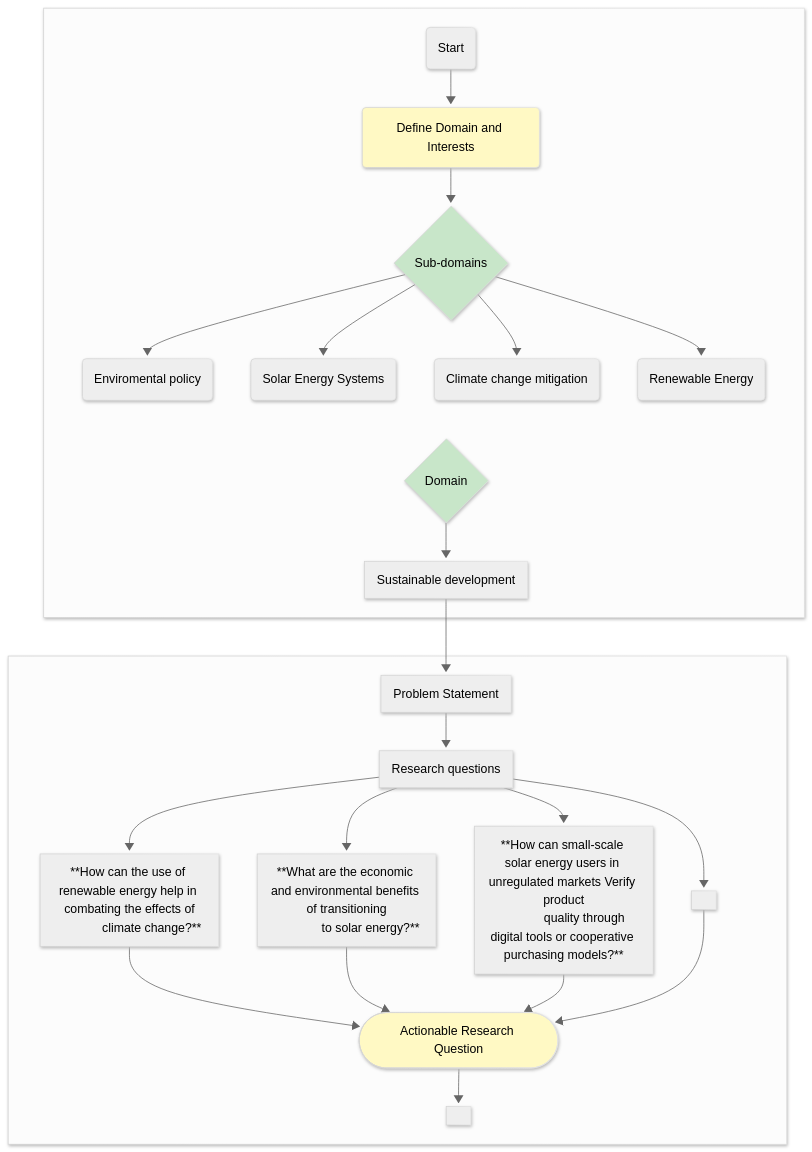
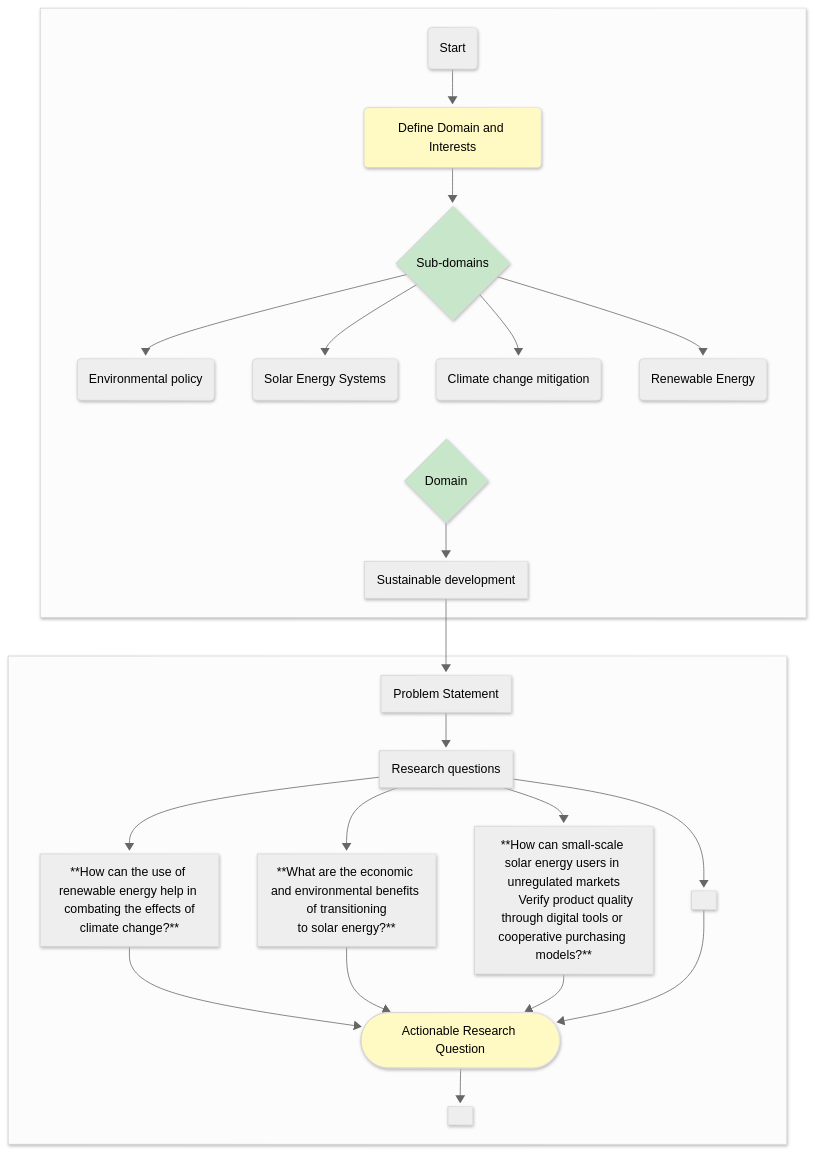
One commit to MIT-Emerging-Talent/ET6-CDSP-starter changed the diagram in 0_domain_study/progress.md. Above: the diagram before and after it, drawn with Mermaid. The commit also changed other lines of this file, not shown here.

Commit message:
attempt to fix formmating errors

````diff
--- a/0_domain_study/progress.md
+++ b/0_domain_study/progress.md
@@ -9,51 +7,52 @@
 ```mermaid
 ---
 config:
   theme: neutral
   look: neo
 ---
 flowchart TB
  subgraph s1[" "]
         B{"Sub-domains"}
         A("Define Domain and Interests")
-        BA("Enviromental policy")
+        BA("Environmental policy")
         BB("Solar Energy Systems")
         BC("Climate change mitigation")
         BD("Renewable Energy")
         C{"Domain"}
         D["Sustainable development"]
         nn("Start")
   end
  subgraph s[" "]
         n1["Problem Statement"]
         n2["Research questions"]
         n3["**How can the use of renewable energy help in combating the effects of
-             climate change?**"]
+climate change?**"]
         n31["**What are the economic and environmental benefits of transitioning
-              to solar energy?**"]
-        n32["**How can small-scale solar energy users in unregulated markets Verify product
-             quality through digital tools or cooperative purchasing models?**"]
+to solar energy?**"]
+        n32["
+        **How can small-scale solar energy users in unregulated markets
+        Verify product quality through digital tools or cooperative purchasing models?**"]
         n33[" "]
         n4(["Actionable Research Question"])
         n5[" "]
   end
     A --> B
     B --> BA & BB & BC & BD
     BA ~~~ C
     BB ~~~ C
     BC ~~~ C
     BD ~~~ C
     nn --> A
     C --> D
     D --> n1
     n1 --> n2
     n2 --> n3 & n31 & n32 & n33
     n3 & n31 & n32 & n33 --> n4
     n4 --> n5
     style B fill:#C8E6C9
     style A fill:#FFF9C4
     style C fill:#C8E6C9
     style n3 color:#000000
     style n4 fill:#FFF9C4
 
 ```
````
